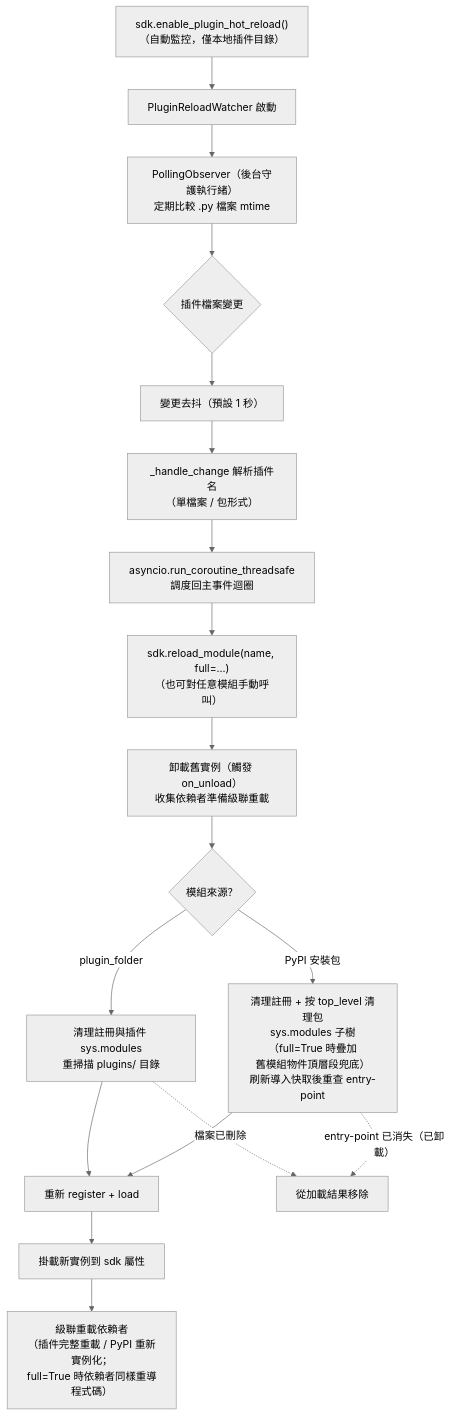
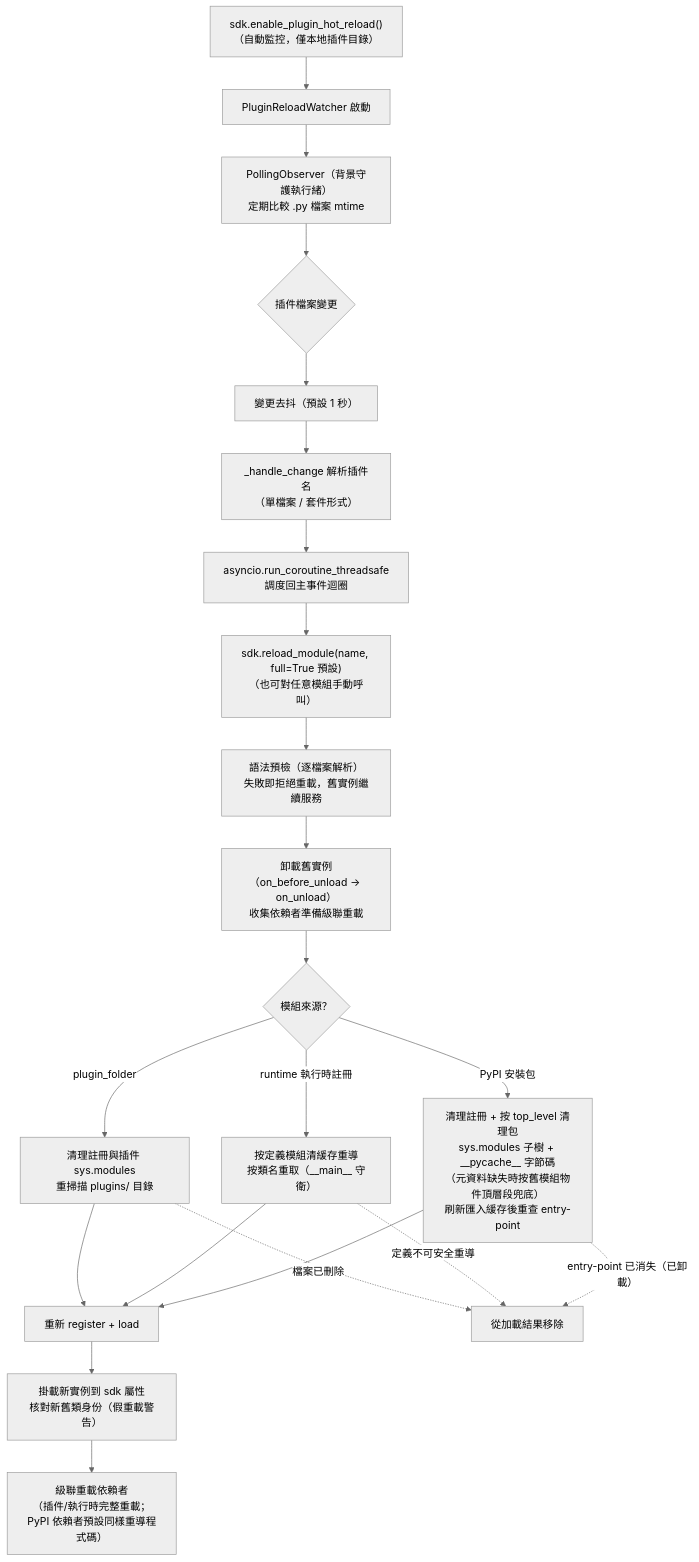
The ninth of 10 diagrams in docs/zh-TW/architecture.md (ErisPulse/ErisPulse), drawn with Mermaid (neutral theme) before and after one commit. The commit also changed other lines of this file and 83 other files, not shown here.

````diff
--- a/docs/zh-TW/architecture.md
+++ b/docs/zh-TW/architecture.md
@@ -283,20 +283,24 @@
 ```mermaid
 flowchart TD
     A["sdk.enable_plugin_hot_reload()<br/>（自動監控，僅本地插件目錄）"] --> B["PluginReloadWatcher 啟動"]
-    B --> C["PollingObserver（後台守護執行緒）<br/>定期比較 .py 檔案 mtime"]
+    B --> C["PollingObserver（背景守護執行緒）<br/>定期比較 .py 檔案 mtime"]
     C --> D{"插件檔案變更"}
     D --> E["變更去抖（預設 1 秒）"]
-    E --> F["_handle_change 解析插件名<br/>（單檔案 / 包形式）"]
+    E --> F["_handle_change 解析插件名<br/>（單檔案 / 套件形式）"]
     F --> G["asyncio.run_coroutine_threadsafe<br/>調度回主事件迴圈"]
-    G --> H["sdk.reload_module(name, full=…)<br/>（也可對任意模組手動呼叫）"]
-    H --> I["卸載舊實例（觸發 on_unload）<br/>收集依賴者準備級聯重載"]
-    I --> J{"模組來源？"}
-    J -->|"plugin_folder"| K["清理註冊與插件 sys.modules<br/>重掃描 plugins/ 目錄"]
-    J -->|"PyPI 安裝包"| L["清理註冊 + 按 top_level 清理包<br/>sys.modules 子樹（full=True 時疊加<br/>舊模組物件頂層段兜底）<br/>刷新導入快取後重查 entry-point"]
-    K --> M["重新 register + load"]
-    L --> M
-    M --> N["掛載新實例到 sdk 屬性"]
-    N --> O["級聯重載依賴者<br/>（插件完整重載 / PyPI 重新實例化；<br/>full=True 時依賴者同樣重導程式碼）"]
-    K -.->|"檔案已刪除"| P["從加載結果移除"]
-    L -.->|"entry-point 已消失（已卸載）"| P
+    G --> H["sdk.reload_module(name, full=True 預設)<br/>（也可對任意模組手動呼叫）"]
+    H --> I["語法預檢（逐檔案解析）<br/>失敗即拒絕重載，舊實例繼續服務"]
+    I --> J["卸載舊實例（on_before_unload → on_unload）<br/>收集依賴者準備級聯重載"]
+    J --> K{"模組來源？"}
+    K -->|"plugin_folder"| L["清理註冊與插件 sys.modules<br/>重掃描 plugins/ 目錄"]
+    K -->|"runtime 執行時註冊"| M["按定義模組清緩存重導<br/>按類名重取（__main__ 守衛）"]
+    K -->|"PyPI 安裝包"| N["清理註冊 + 按 top_level 清理包<br/>sys.modules 子樹 + __pycache__ 字節碼<br/>（元資料缺失時按舊模組物件頂層段兜底）<br/>刷新匯入緩存後重查 entry-point"]
+    L --> O["重新 register + load"]
+    M --> O
+    N --> O
+    O --> P["掛載新實例到 sdk 屬性<br/>核對新舊類身份（假重載警告）"]
+    P --> Q["級聯重載依賴者<br/>（插件/執行時完整重載；<br/>PyPI 依賴者預設同樣重導程式碼）"]
+    L -.->|"檔案已刪除"| R["從加載結果移除"]
+    M -.->|"定義不可安全重導"| R
+    N -.->|"entry-point 已消失（已卸載）"| R
 ```
````
